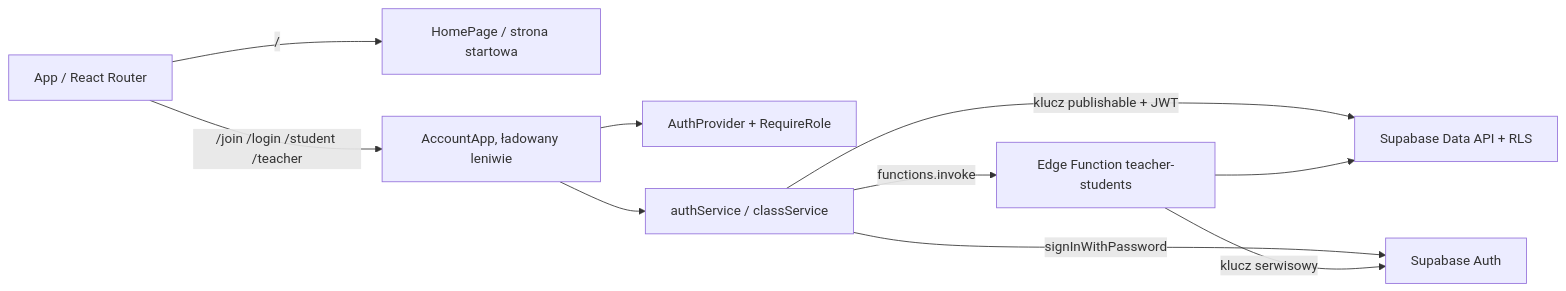
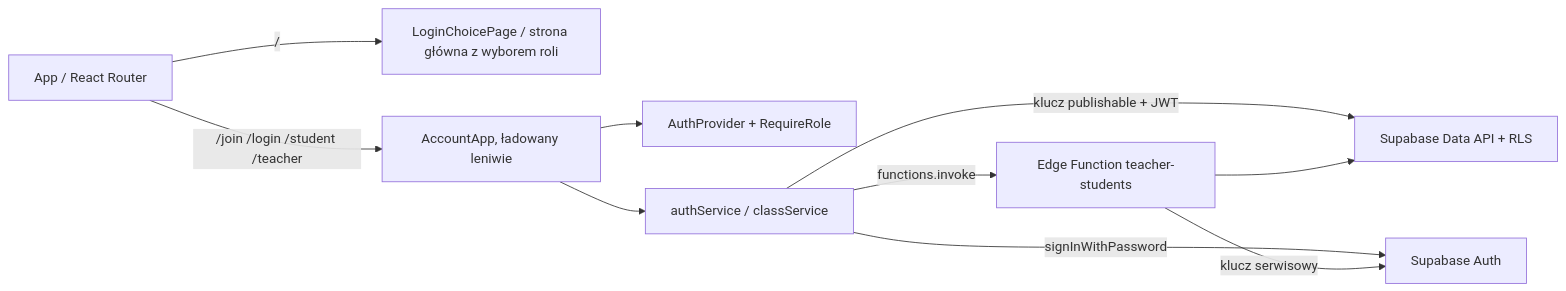
One commit to JakubZdankowski/platforma-python changed the second of 2 diagrams in docs/architecture.md. Above: the diagram before and after it, drawn with Mermaid. The commit also changed 22 other files, not shown here.

````diff
--- a/docs/architecture.md
+++ b/docs/architecture.md
@@ -29,12 +29,12 @@
 ```mermaid
 flowchart LR
-  Router[App / React Router] -->|/| Home[HomePage / strona startowa]
+  Router[App / React Router] -->|/| Home[LoginChoicePage / strona główna z wyborem roli]
   Router -->|/join /login /student /teacher| Account[AccountApp, ładowany leniwie]
   Account --> Auth[AuthProvider + RequireRole]
   Account --> Services[authService / classService]
   Services -->|klucz publishable + JWT| PostgREST[Supabase Data API + RLS]
   Services -->|signInWithPassword| GoTrue[Supabase Auth]
   Services -->|functions.invoke| Fn[Edge Function teacher-students]
   Fn -->|klucz serwisowy| GoTrue
   Fn --> PostgREST
 ```
````
